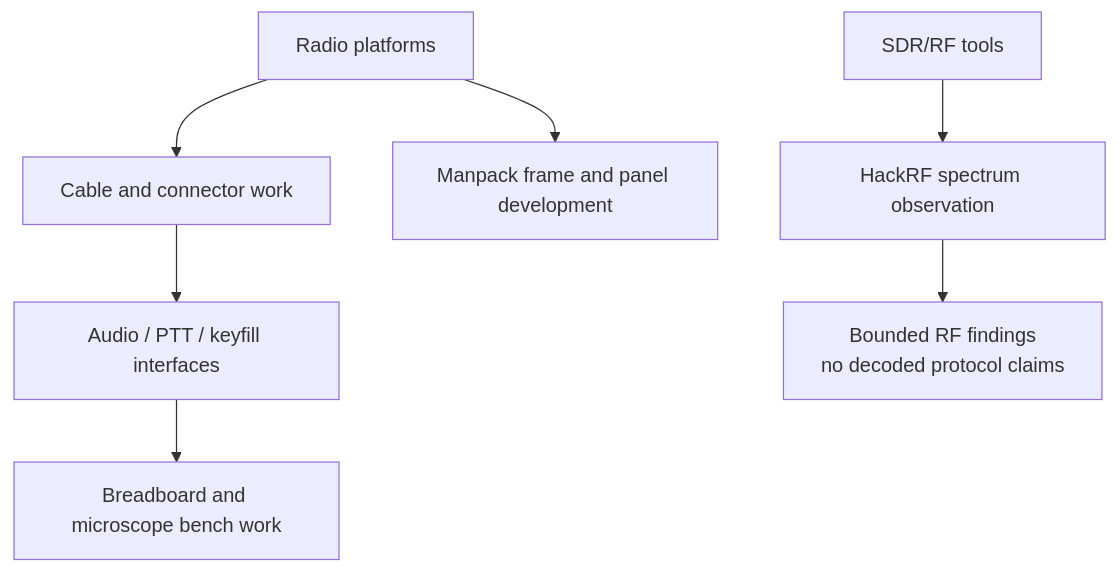
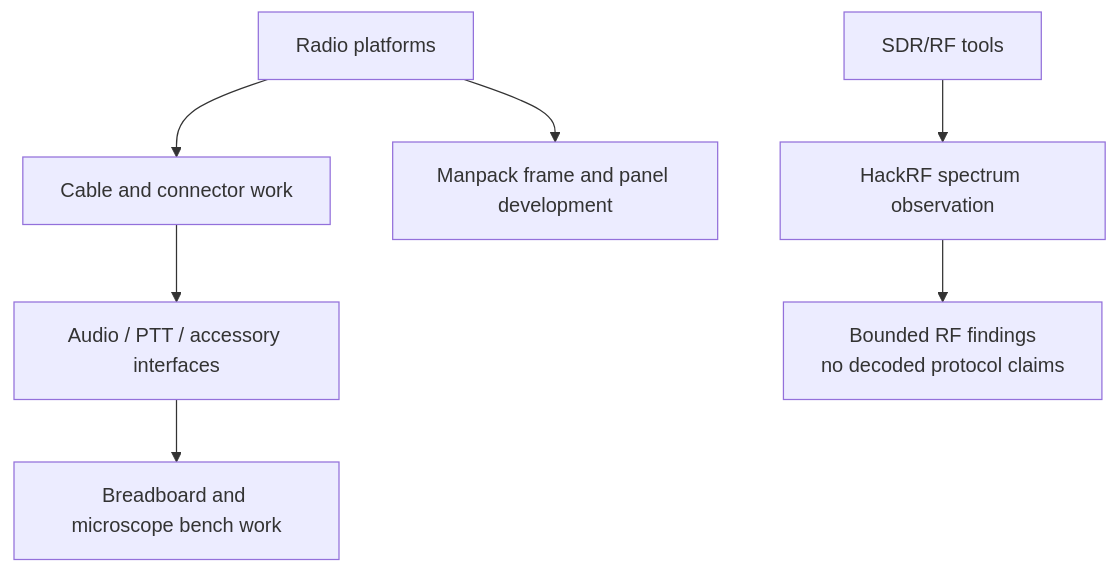
Before and after one commit to jjudge213/radio-electronics-interface-lab: the diagram in README.md, drawn with Mermaid. The commit also changed other lines of this file and 7 other files, not shown here.

````diff
--- a/README.md
+++ b/README.md
@@ -27,9 +27,9 @@
 ```mermaid
 flowchart TD
     radio[Radio platforms] --> cable[Cable and connector work]
-    cable --> audio[Audio / PTT / keyfill interfaces]
+    cable --> audio[Audio / PTT / accessory interfaces]
     audio --> bench[Breadboard and microscope bench work]
     radio --> manpack[Manpack frame and panel development]
     rf[SDR/RF tools] --> sweep[HackRF spectrum observation]
     sweep --> notes[Bounded RF findings<br/>no decoded protocol claims]
 ```
````
